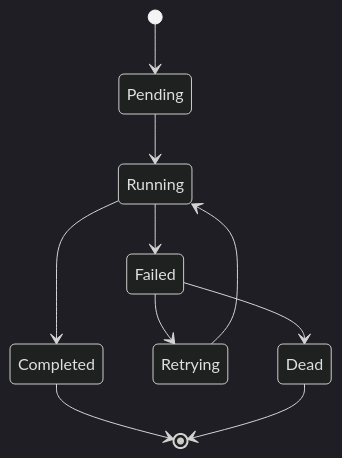
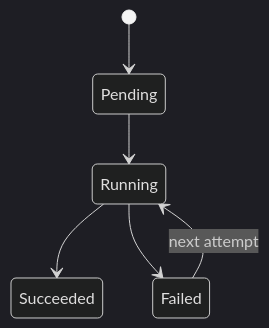
The second of 2 diagrams in docs/02-业务模块/30-evaluation/05-状态机与失败重试.md (FangcunMount/qs-server), drawn with Mermaid (dark theme) before and after one commit. The commit also changed other lines of this file and 20 other files, not shown here.

Commit message:
doc:  更新评估和解释文档以提高清晰度和准确性 - 修改了关键事件名称和描述，以反映评估过程的当前状态，包括对`assessment.evaluated`和`assessment.interpreted`的变更。 - 强化了关于评估和报告生命周期的文档，明确了评估模块与解释模块的职责。 - 更新了状态机图，以准确表示评估和评估运行的状态转换。 - 改进了对评估、评估结果与报告之间关系的解释，强调报告生成独立于评估状态。 - 新增部分，详细说明评估与解释的决策流程及其边界，确保与最新实施目标保持一致。

````diff
--- a/docs/02-业务模块/30-evaluation/05-状态机与失败重试.md
+++ b/docs/02-业务模块/30-evaluation/05-状态机与失败重试.md
@@ -11,12 +38,8 @@
 ```mermaid
 stateDiagram-v2
     [*] --> Pending
     Pending --> Running
-    Running --> Completed
+    Running --> Succeeded
     Running --> Failed
-    Failed --> Retrying
-    Retrying --> Running
-    Failed --> Dead
-    Completed --> [*]
-    Dead --> [*]
+    Failed --> Running: next attempt
 ```
````
